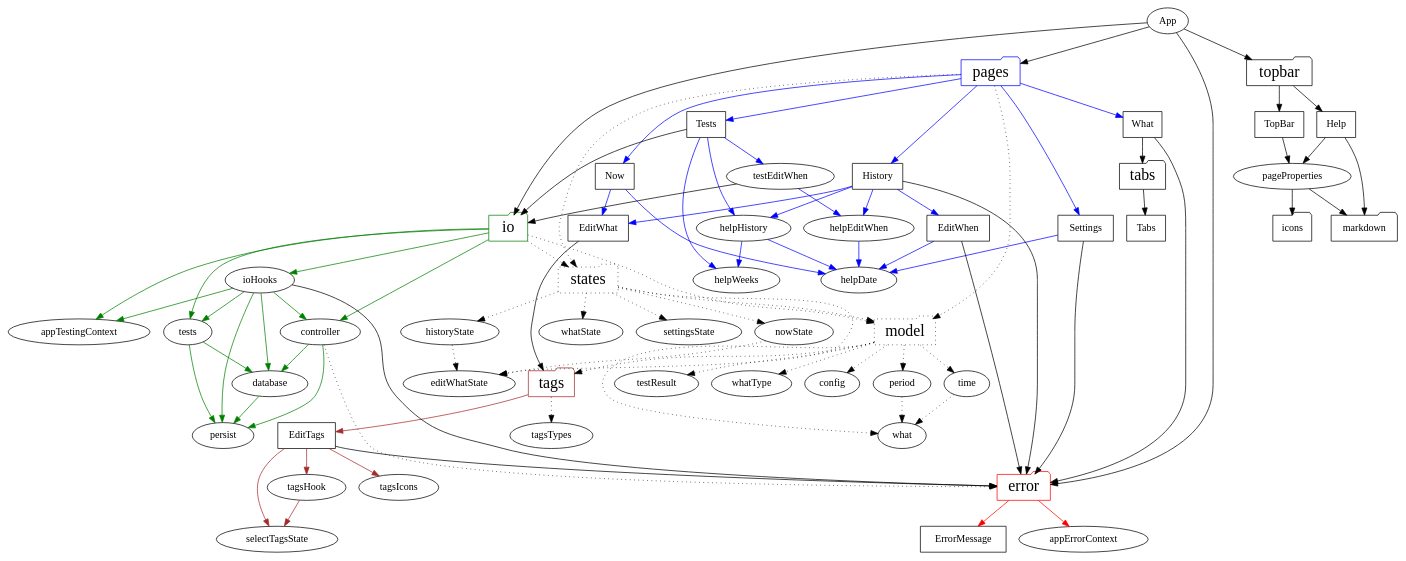
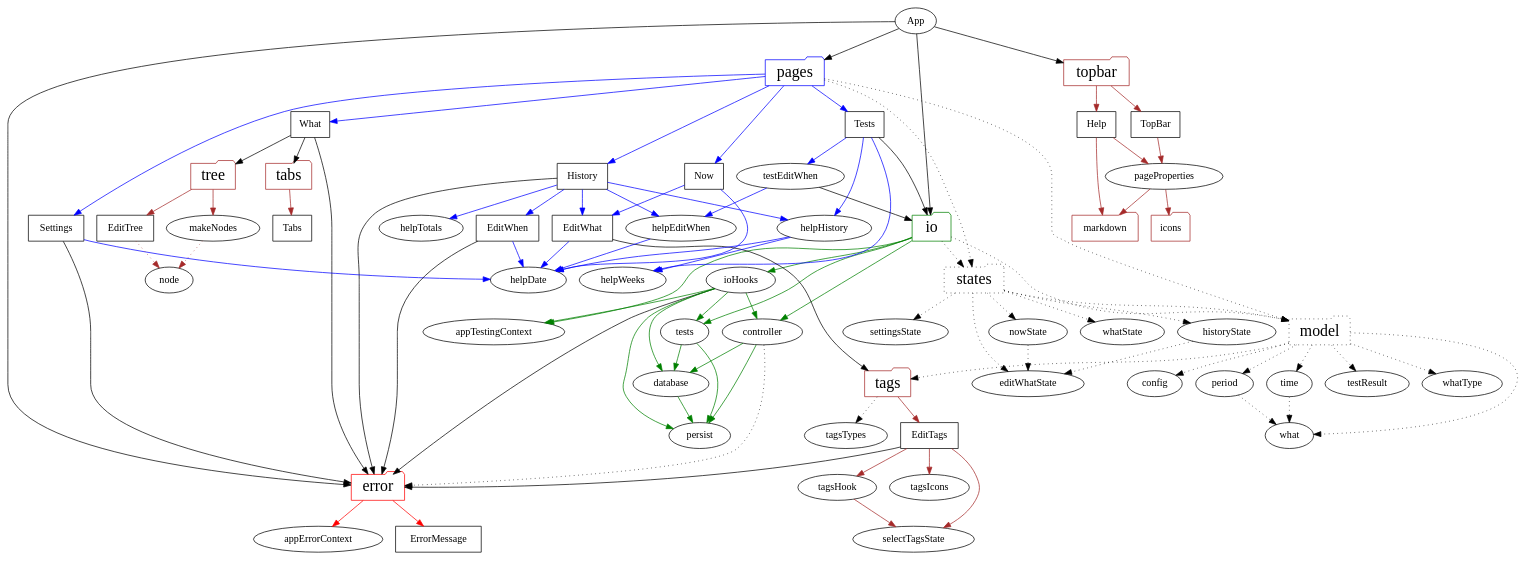
One commit to cwellsx/time changed the diagram in dependencies/dependencies.dot. Above: the diagram before and after it, drawn with Graphviz. The commit also changed 2 other files, not shown here.

Commit message:
update dependencies diagram

```diff
--- a/dependencies/dependencies.dot
+++ b/dependencies/dependencies.dot
@@ -1,92 +1,100 @@
 digraph SRC {
   "App" -> {"error" "io" "pages" "topbar"};
 
   "error" [shape=folder, color=red, fontsize="22pt"];
   "io" [shape=folder, color=green, fontsize="22pt"];
   "model" [shape=folder, fontsize="22pt"] [style=dotted];
   "pages" [shape=folder, color=blue, fontsize="22pt"];
   "states" [shape=folder, fontsize="22pt"] [style=dotted];
-  "tabs" [shape=folder, fontsize="22pt"];
+  "tabs" [shape=folder, color=brown, fontsize="22pt"];
   "tags" [shape=folder, color=brown, fontsize="22pt"];
-  "topbar" [shape=folder, fontsize="22pt"];
-  "icons" [shape=folder];
-  "markdown" [shape=folder];
+  "topbar" [shape=folder, color=brown, fontsize="22pt"];
+  "tree" [shape=folder, color=brown, fontsize="22pt"];
+  "icons" [shape=folder, color=brown];
+  "markdown" [shape=folder, color=brown];
   
   "error" -> {"ErrorMessage" "appErrorContext"} [color=red];
   "ErrorMessage" [shape=rect];
   "ErrorMessage" -> {};
   "appErrorContext" -> {};
 
   "io" -> {"controller" "ioHooks" "tests" "appTestingContext"} [color=green];
   "io" -> {"model" "states"} [style=dotted];
   "controller" -> {"persist" "database"} [color=green];
   "controller" -> {"error"} [style=dotted];
   "database" -> {"persist"} [color=green];
   "ioHooks" -> {"controller" "database" "persist" "tests" "appTestingContext"} [color=green];
   "ioHooks" -> {"error"};
   "tests" -> {"database" "persist"} [color=green];
   "persist" -> {}
   "appTestingContext" -> {};
 
   "model" -> {"config" "period" "testResult" "time" "tags" "whatType" "what"} [style=dotted];
   "config" -> {} [style=dotted];
   "period" -> {"what"} [style=dotted];
   "testResult" -> {} [style=dotted];
   "time" -> {"what"} [style=dotted];
   "what" -> {} [style=dotted];
   "whatType" -> {} [style=dotted];
 
   "pages" -> {"Now" "What" "History" "Settings" "Tests"} [color=blue];
   "Now" [shape=rect];
   "What" [shape=rect];
   "History" [shape=rect];
   "Settings" [shape=rect];
   "Tests" [shape=rect];
   "EditWhat" [shape=rect];
   "EditWhen" [shape=rect];
   "pages" -> {"model" "states"} [style=dotted];
   "helpDate" -> {};
   "helpWeeks" -> {};
+  "helpTotals" -> {};
   "Now" -> {"helpDate" "EditWhat"} [color=blue];
-  "What" -> {"tabs" "error"};
-  "History" -> {"helpHistory" "EditWhat" "EditWhen" "helpEditWhen"} [color=blue];
+  "What" -> {"tabs" "error" "tree"};
+  "History" -> {"helpHistory" "helpTotals" "EditWhat" "EditWhen" "helpEditWhen"} [color=blue];
   "History" -> {"error"};
   "Settings" -> {"helpDate"} [color=blue];
   "Settings" -> {"error"};
   "Tests" -> {"helpWeeks" "helpHistory" "testEditWhen"} [color=blue];
   "Tests" -> {"io"};
   "helpHistory" -> {"helpWeeks" "helpDate"} [color=blue];
   "testEditWhen" -> {"helpEditWhen"} [color=blue];
   "testEditWhen" -> {"io"};
   "helpEditWhen" -> {"helpDate"} [color=blue];
+  "EditWhat" -> {"helpDate"} [color=blue]
   "EditWhat" -> {"tags"};
   "EditWhen" -> {"helpDate"} [color=blue]
   "EditWhen" -> {"error"}
 
   "states" -> {"nowState" "whatState" "historyState" "settingsState" "editWhatState" "model"} [style=dotted];
   "nowState" -> {"editWhatState"} [style=dotted];
   "whatState" -> {} [style=dotted];
   "historyState" -> {"editWhatState"} [style=dotted];
   "settingsState" -> {} [style=dotted];
   "editWhatState" -> {} [style=dotted];
 
-  "tabs" -> {"Tabs"};
+  "tabs" -> {"Tabs"} [color=brown];
   "Tabs" [shape=rect];
   "Tabs" -> {};
+
+  "tree" -> {"EditTree" "makeNodes"} [color=brown];
+  "EditTree" [shape=rect];
+  "EditTree" -> {"node"} [style=dotted, color=brown];
+  "makeNodes" -> {"node"} [style=dotted, color=brown];
 
   "tags" -> {"EditTags"} [color=brown];
   "tags" -> {"tagsTypes"} [style=dotted];
   "EditTags" [shape=rect];
   "EditTags" -> {"selectTagsState" "tagsHook" "tagsIcons"} [color=brown];
   "EditTags" -> {"error"};
   "tagsHook" -> {"selectTagsState"} [color=brown];
   "tagsIcons" -> {};
-  "tagsTypes" -> {} [style=dotted];
+  "tagsTypes" -> {} [style=dotted, color=brown];
 
-  "topbar" -> {"TopBar" "Help"};
+  "topbar" -> {"TopBar" "Help"} [color=brown];
   "TopBar" [shape=rect];
   "Help" [shape=rect];
-  "TopBar" -> {"pageProperties"};
-  "pageProperties" -> {"markdown" "icons"};
-  "Help" -> {"markdown" "pageProperties"};
+  "TopBar" -> {"pageProperties"} [color=brown];
+  "pageProperties" -> {"markdown" "icons"} [color=brown];
+  "Help" -> {"markdown" "pageProperties"} [color=brown];
 }
```
